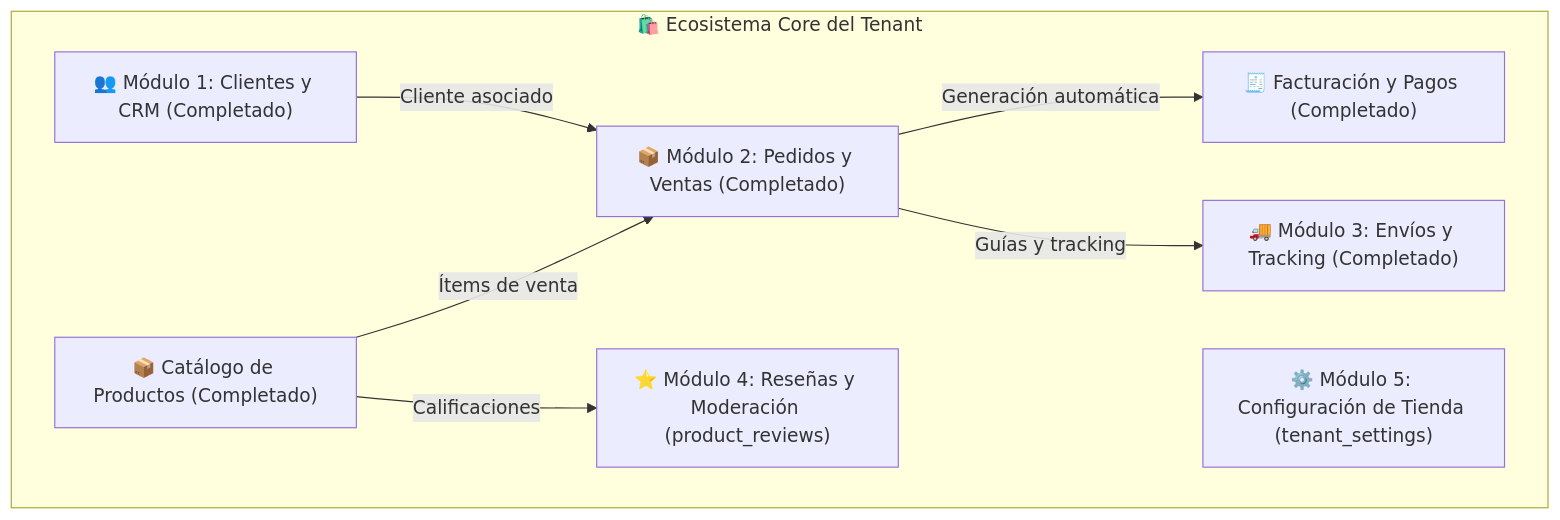
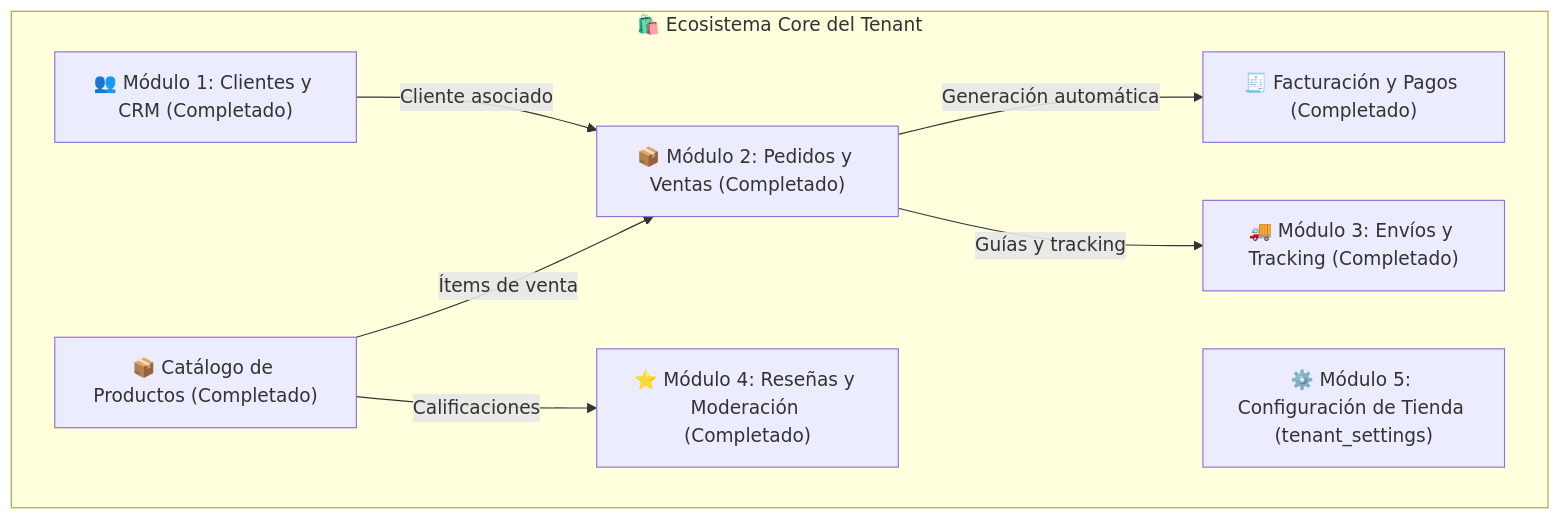
Before and after one commit to gabrielj2814/owomarket: the diagram in PLANIFICACION_MODULOS_TENANT.md, drawn with Mermaid. The commit also changed other lines of this file and 1 other file, not shown here.

````diff
--- a/PLANIFICACION_MODULOS_TENANT.md
+++ b/PLANIFICACION_MODULOS_TENANT.md
@@ -10,18 +10,18 @@
 ```mermaid
 flowchart TD
     subgraph CoreCommerce ["🛍️ Ecosistema Core del Tenant"]
         PROD["📦 Catálogo de Productos (Completado)"]
         BILL["🧾 Facturación y Pagos (Completado)"]
         CUST["👥 Módulo 1: Clientes y CRM (Completado)"]
         ORD["📦 Módulo 2: Pedidos y Ventas (Completado)"]
         SHIP["🚚 Módulo 3: Envíos y Tracking (Completado)"]
-        REV["⭐ Módulo 4: Reseñas y Moderación (product_reviews)"]
+        REV["⭐ Módulo 4: Reseñas y Moderación (Completado)"]
         SETT["⚙️ Módulo 5: Configuración de Tienda (tenant_settings)"]
         
         CUST -->|Cliente asociado| ORD
         PROD -->|Ítems de venta| ORD
         ORD -->|Generación automática| BILL
         ORD -->|Guías y tracking| SHIP
         PROD -->|Calificaciones| REV
     end
 ```
````
